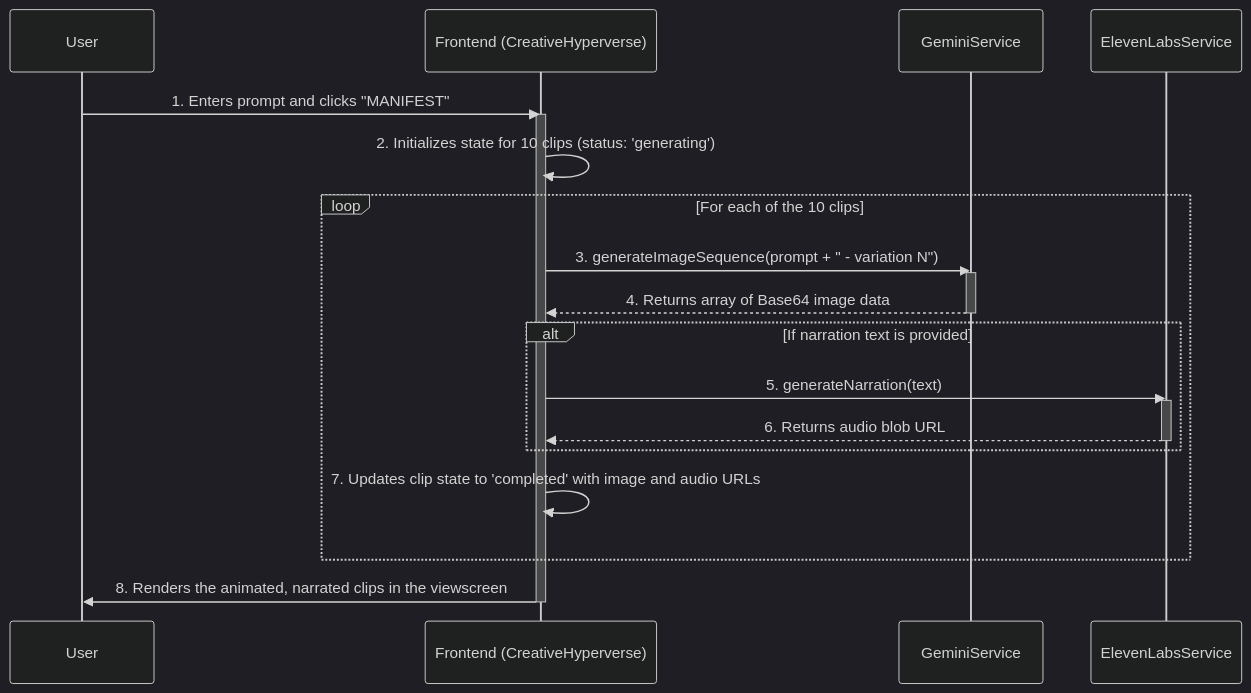
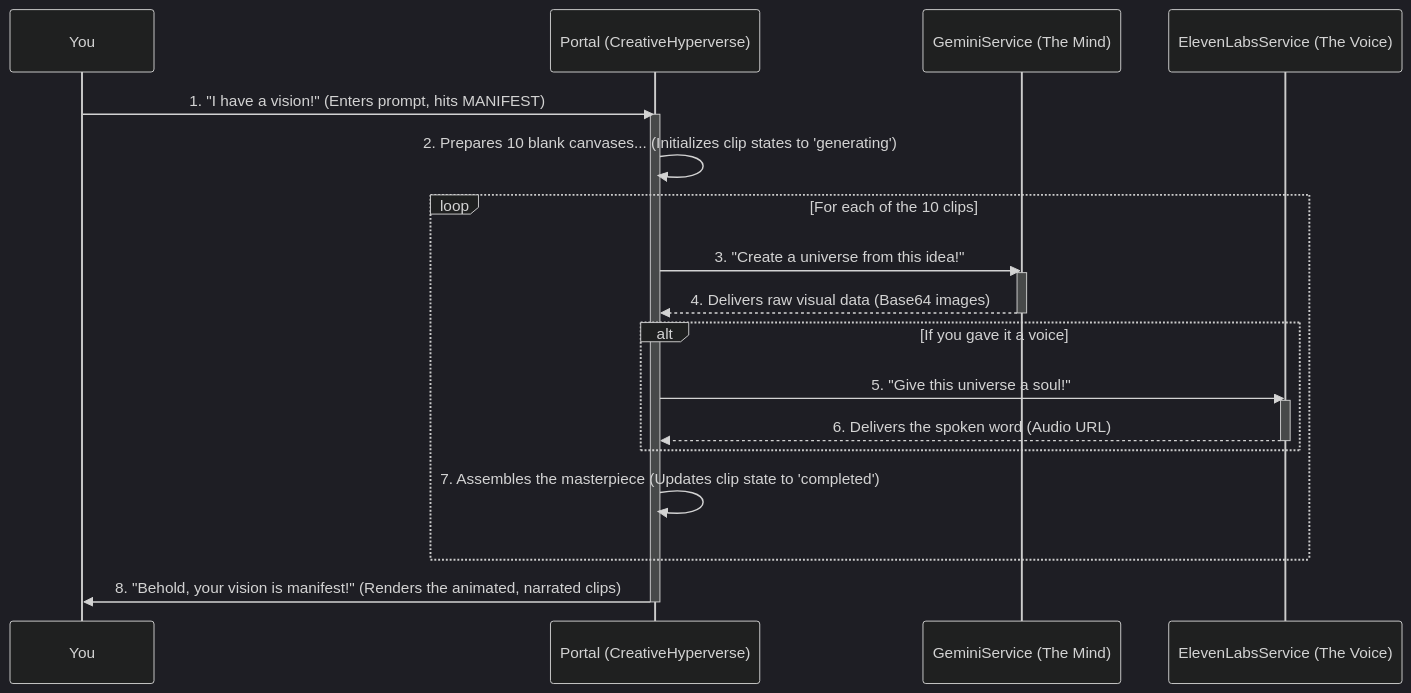
One commit to senushidinara/VDrop changed the second of 2 diagrams in README.md. Above: the diagram before and after it, drawn with Mermaid (dark theme). The commit also changed other lines of this file and 1 other file, not shown here.

````diff
--- a/README.md
+++ b/README.md
@@ -161,31 +197,31 @@
 ```mermaid
 sequenceDiagram
-    participant User
-    participant Frontend (CreativeHyperverse)
-    participant GeminiService
-    participant ElevenLabsService
+    participant You
+    participant Portal (CreativeHyperverse)
+    participant GeminiService (The Mind)
+    participant ElevenLabsService (The Voice)
 
-    User->>Frontend (CreativeHyperverse): 1. Enters prompt and clicks "MANIFEST"
-    activate Frontend (CreativeHyperverse)
+    You->>Portal (CreativeHyperverse): 1. "I have a vision!" (Enters prompt, hits MANIFEST)
+    activate Portal (CreativeHyperverse)
 
-    Frontend (CreativeHyperverse)->>Frontend (CreativeHyperverse): 2. Initializes state for 10 clips (status: 'generating')
+    Portal (CreativeHyperverse)->>Portal (CreativeHyperverse): 2. Prepares 10 blank canvases... (Initializes clip states to 'generating')
     
     loop For each of the 10 clips
-        Frontend (CreativeHyperverse)->>GeminiService: 3. generateImageSequence(prompt + " - variation N")
-        activate GeminiService
-        GeminiService-->>Frontend (CreativeHyperverse): 4. Returns array of Base64 image data
-        deactivate GeminiService
+        Portal (CreativeHyperverse)->>GeminiService (The Mind): 3. "Create a universe from this idea!"
+        activate GeminiService (The Mind)
+        GeminiService (The Mind)-->>Portal (CreativeHyperverse): 4. Delivers raw visual data (Base64 images)
+        deactivate GeminiService (The Mind)
 
-        alt If narration text is provided
-            Frontend (CreativeHyperverse)->>ElevenLabsService: 5. generateNarration(text)
-            activate ElevenLabsService
-            ElevenLabsService-->>Frontend (CreativeHyperverse): 6. Returns audio blob URL
-            deactivate ElevenLabsService
+        alt If you gave it a voice
+            Portal (CreativeHyperverse)->>ElevenLabsService (The Voice): 5. "Give this universe a soul!"
+            activate ElevenLabsService (The Voice)
+            ElevenLabsService (The Voice)-->>Portal (CreativeHyperverse): 6. Delivers the spoken word (Audio URL)
+            deactivate ElevenLabsService (The Voice)
         end
 
-        Frontend (CreativeHyperverse)->>Frontend (CreativeHyperverse): 7. Updates clip state to 'completed' with image and audio URLs
+        Portal (CreativeHyperverse)->>Portal (CreativeHyperverse): 7. Assembles the masterpiece (Updates clip state to 'completed')
     end
 
-    Frontend (CreativeHyperverse)->>User: 8. Renders the animated, narrated clips in the viewscreen
-    deactivate Frontend (CreativeHyperverse)
+    Portal (CreativeHyperverse)->>You: 8. "Behold, your vision is manifest!" (Renders the animated, narrated clips)
+    deactivate Portal (CreativeHyperverse)
 ```
````
